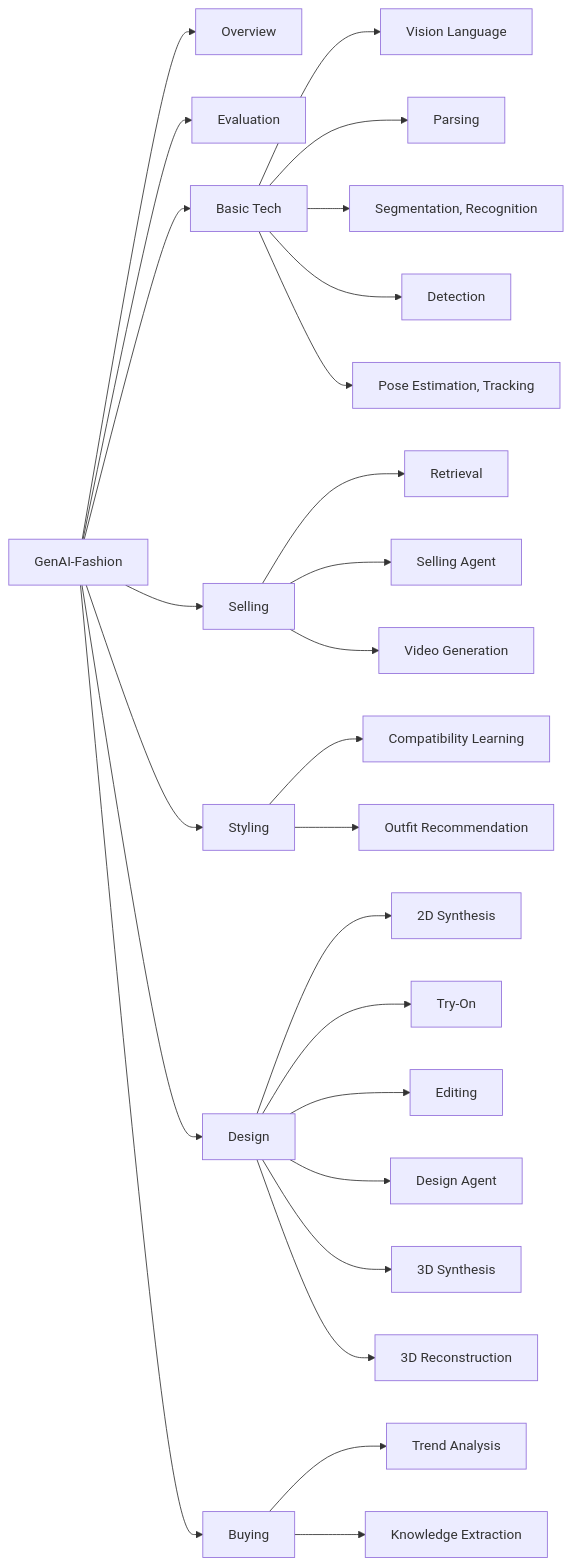
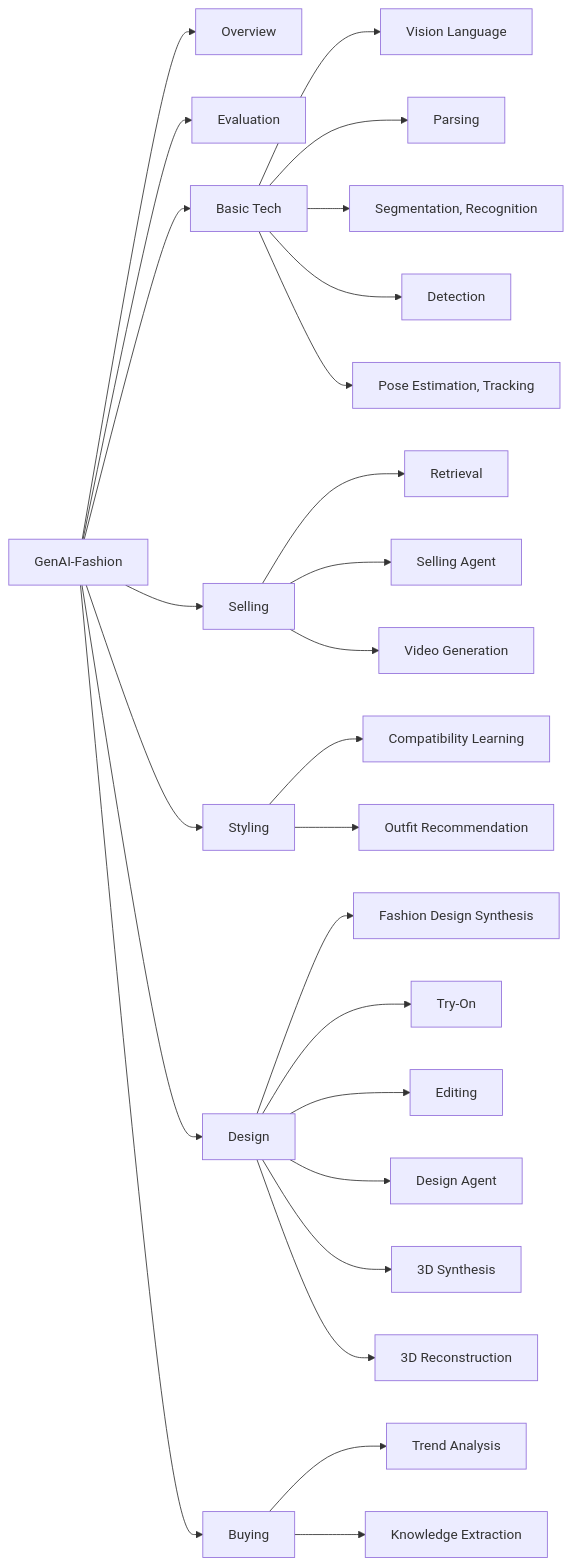
One commit to wendashi/Cool-GenAI-Fashion-Papers changed the diagram in README.md. Above: the diagram before and after it, drawn with Mermaid. The commit also changed other lines of this file, not shown here.

````diff
--- a/README.md
+++ b/README.md
@@ -41,35 +41,35 @@
 ```mermaid
 graph LR
   GenAIFashion[GenAI-Fashion]
   GenAIFashion --> Overview[Overview]
   GenAIFashion --> Evaluation[Evaluation]
   GenAIFashion --> BasicTech[Basic Tech]
   GenAIFashion --> Selling[Selling]
   GenAIFashion --> Styling[Styling]
   GenAIFashion --> Design[Design]
   GenAIFashion --> Buying[Buying]
 
   BasicTech --> VisionLanguage[Vision Language]
   BasicTech --> Parsing[Parsing]
   BasicTech --> SegmentationRecognition[Segmentation, Recognition]
   BasicTech --> Detection[Detection]
   BasicTech --> PoseEstimationTracking[Pose Estimation, Tracking] 
 
   Selling --> Retrieval[Retrieval]
   Selling --> SellingAgent[Selling Agent]
   Selling --> VideoGeneration[Video Generation]
 
   Styling --> CompatibilityLearning[Compatibility Learning]
   Styling --> OutfitRecommendation[Outfit Recommendation]
 
-  Design --> 2DSynthesis[2D Synthesis]
+  Design --> FashionDesignSynthesis[Fashion Design Synthesis]
   Design --> TryOn[Try-On]
   Design --> Editing[Editing]
   Design --> DesignAgent[Design Agent]
   Design --> 3DSynthesis[3D Synthesis]
   Design --> 3DReconstruction[3D Reconstruction]
   
   Buying --> TrendAnalysis[Trend Analysis]
   Buying --> KnowledgeExtraction[Knowledge Extraction]
   
 ```
````
